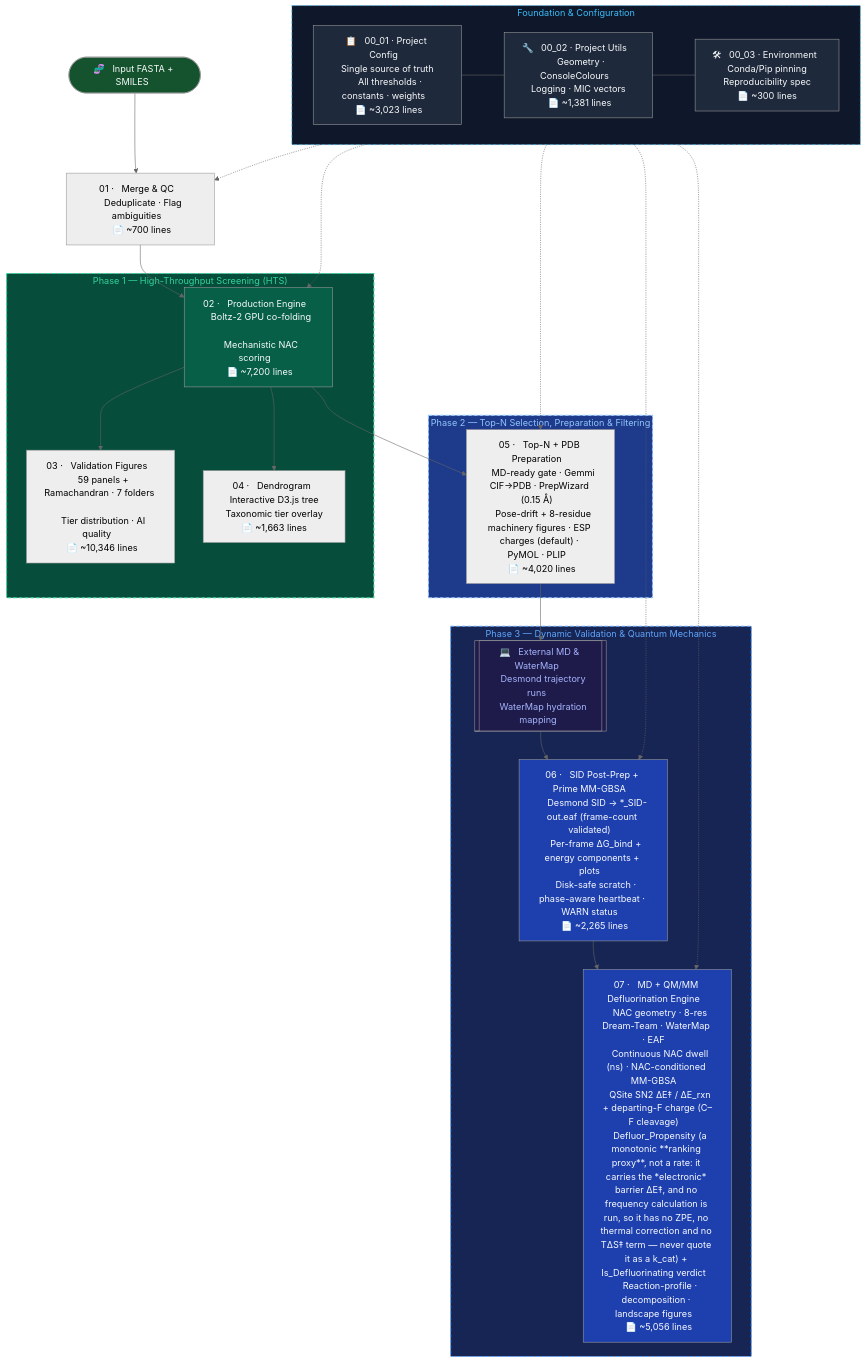
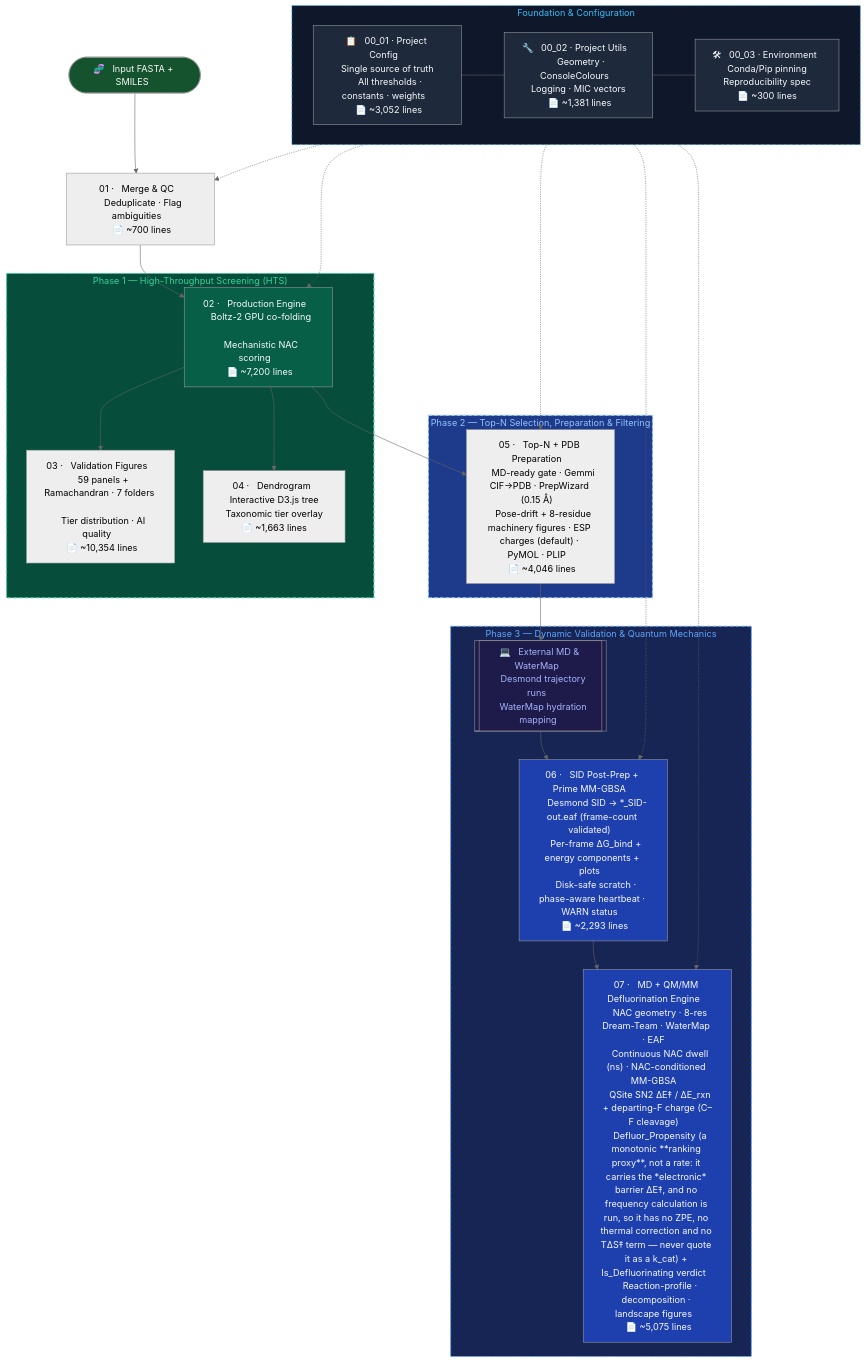
The diagram in README.md (KU-MGB/DeFluorX), drawn with Mermaid (neutral theme) before and after one commit. The commit also changed 3 other files, not shown here.

First line of the commit message:
review pass: pocket-fit missing→optimal guard, MW BH registration, NAC-dwell denominator, ASP-only comments

````diff
--- a/README.md
+++ b/README.md
@@ -190,56 +190,56 @@
 ```mermaid
 flowchart TD
     subgraph FOUNDATION["  Foundation & Configuration  "]
-        CFG["📋 &nbsp; 00_01 · Project Config &nbsp; \n &nbsp; Single source of truth &nbsp; \n &nbsp; All thresholds · constants · weights &nbsp; \n &nbsp; 📄 ~3,023 lines &nbsp; "]
+        CFG["📋 &nbsp; 00_01 · Project Config &nbsp; \n &nbsp; Single source of truth &nbsp; \n &nbsp; All thresholds · constants · weights &nbsp; \n &nbsp; 📄 ~3,052 lines &nbsp; "]
         UTL["🔧 &nbsp; 00_02 · Project Utils &nbsp; \n &nbsp; Geometry · ConsoleColours &nbsp; \n &nbsp; Logging · MIC vectors &nbsp; \n &nbsp; 📄 ~1,381 lines &nbsp; "]
         ENV["🛠 &nbsp; 00_03 · Environment &nbsp; \n &nbsp; Conda/Pip pinning &nbsp; \n &nbsp; Reproducibility spec &nbsp; \n &nbsp; 📄 ~300 lines &nbsp; "]
         CFG --- UTL --- ENV
     end
 
     START(["🧬 &nbsp; Input FASTA + SMILES &nbsp;"]) --> M1
     M1["01 · &nbsp; Merge & QC &nbsp; \n &nbsp; Deduplicate · Flag ambiguities &nbsp; \n &nbsp; 📄 ~700 lines &nbsp; "] --> M2
 
     subgraph PHASE1["  Phase 1 — High-Throughput Screening (HTS)  "]
         M2["02 · &nbsp; Production Engine &nbsp; \n &nbsp; Boltz-2 GPU co-folding &nbsp; \n &nbsp; Mechanistic NAC scoring &nbsp; \n &nbsp; 📄 ~7,200 lines &nbsp; "]
-        M3["03 · &nbsp; Validation Figures &nbsp; \n &nbsp; 59 panels + Ramachandran · 7 folders &nbsp; \n &nbsp; Tier distribution · AI quality &nbsp; \n &nbsp; 📄 ~10,346 lines &nbsp; "]
+        M3["03 · &nbsp; Validation Figures &nbsp; \n &nbsp; 59 panels + Ramachandran · 7 folders &nbsp; \n &nbsp; Tier distribution · AI quality &nbsp; \n &nbsp; 📄 ~10,354 lines &nbsp; "]
         M4["04 · &nbsp; Dendrogram &nbsp; \n &nbsp; Interactive D3.js tree &nbsp; \n &nbsp; Taxonomic tier overlay &nbsp; \n &nbsp; 📄 ~1,663 lines &nbsp; "]
         M2 --> M3
         M2 --> M4
     end
 
     M2 --> M5
 
     subgraph PHASE2["  Phase 2 — Top-N Selection, Preparation & Filtering  "]
-        M5["05 · &nbsp; Top-N + PDB Preparation &nbsp; \n &nbsp; MD-ready gate · Gemmi CIF→PDB · PrepWizard (0.15 Å) &nbsp; \n &nbsp; Pose-drift + 8-residue machinery figures · ESP charges (default) · PyMOL · PLIP &nbsp; \n &nbsp; 📄 ~4,020 lines &nbsp; "]
+        M5["05 · &nbsp; Top-N + PDB Preparation &nbsp; \n &nbsp; MD-ready gate · Gemmi CIF→PDB · PrepWizard (0.15 Å) &nbsp; \n &nbsp; Pose-drift + 8-residue machinery figures · ESP charges (default) · PyMOL · PLIP &nbsp; \n &nbsp; 📄 ~4,046 lines &nbsp; "]
     end
 
     M5 --> EXT_MD
 
     subgraph PHASE3["  Phase 3 — Dynamic Validation & Quantum Mechanics  "]
         EXT_MD[["💻 &nbsp; External MD & WaterMap &nbsp; \n &nbsp; Desmond trajectory runs &nbsp; \n &nbsp; WaterMap hydration mapping &nbsp;"]]
-        M6["06 · &nbsp; SID Post-Prep + Prime MM-GBSA &nbsp; \n &nbsp; Desmond SID → *_SID-out.eaf (frame-count validated) &nbsp; \n &nbsp; Per-frame ΔG_bind + energy components + plots &nbsp; \n &nbsp; Disk-safe scratch · phase-aware heartbeat · WARN status &nbsp; \n &nbsp; 📄 ~2,265 lines &nbsp; "]
-        M7["07 · &nbsp; MD + QM/MM Defluorination Engine &nbsp; \n &nbsp; NAC geometry · 8-res Dream-Team · WaterMap · EAF &nbsp; \n &nbsp; Continuous NAC dwell (ns) · NAC-conditioned MM-GBSA &nbsp; \n &nbsp; QSite SN2 ΔE‡ / ΔE_rxn + departing-F charge (C–F cleavage) &nbsp; \n &nbsp; Defluor_Propensity (a monotonic **ranking proxy**, not a rate: it carries the *electronic* barrier ΔE‡, and no frequency calculation is run, so it has no ZPE, no thermal correction and no TΔS‡ term — never quote it as a k_cat) + Is_Defluorinating verdict &nbsp; \n &nbsp; Reaction-profile · decomposition · landscape figures &nbsp; \n &nbsp; 📄 ~5,056 lines &nbsp; "]
+        M6["06 · &nbsp; SID Post-Prep + Prime MM-GBSA &nbsp; \n &nbsp; Desmond SID → *_SID-out.eaf (frame-count validated) &nbsp; \n &nbsp; Per-frame ΔG_bind + energy components + plots &nbsp; \n &nbsp; Disk-safe scratch · phase-aware heartbeat · WARN status &nbsp; \n &nbsp; 📄 ~2,293 lines &nbsp; "]
+        M7["07 · &nbsp; MD + QM/MM Defluorination Engine &nbsp; \n &nbsp; NAC geometry · 8-res Dream-Team · WaterMap · EAF &nbsp; \n &nbsp; Continuous NAC dwell (ns) · NAC-conditioned MM-GBSA &nbsp; \n &nbsp; QSite SN2 ΔE‡ / ΔE_rxn + departing-F charge (C–F cleavage) &nbsp; \n &nbsp; Defluor_Propensity (a monotonic **ranking proxy**, not a rate: it carries the *electronic* barrier ΔE‡, and no frequency calculation is run, so it has no ZPE, no thermal correction and no TΔS‡ term — never quote it as a k_cat) + Is_Defluorinating verdict &nbsp; \n &nbsp; Reaction-profile · decomposition · landscape figures &nbsp; \n &nbsp; 📄 ~5,075 lines &nbsp; "]
         EXT_MD --> M6 --> M7
     end
 
     %% Dependencies
     FOUNDATION -.-> M1
     FOUNDATION -.-> M2
     FOUNDATION -.-> M5
     FOUNDATION -.-> M6
     FOUNDATION -.-> M7
 
     style FOUNDATION fill:#0f172a,color:#38bdf8,stroke:#38bdf8
     style CFG fill:#1e293b,color:#f8fafc
     style UTL fill:#1e293b,color:#f8fafc
     style ENV fill:#1e293b,color:#f8fafc
     style PHASE1 fill:#064e3b,color:#34d399,stroke:#34d399,stroke-width:2px,stroke-dasharray: 6 4
     style PHASE2 fill:#1e3a8a,color:#93c5fd,stroke:#93c5fd,stroke-width:2px,stroke-dasharray: 6 4
     style PHASE3 fill:#172554,color:#60a5fa,stroke:#60a5fa,stroke-width:2px,stroke-dasharray: 6 4
     style FOUNDATION stroke-dasharray: 6 4
     style M2 fill:#065f46,color:#f8fafc
     style M6 fill:#1e40af,color:#f8fafc
     style M7 fill:#1e40af,color:#f8fafc
     style START fill:#14532d,color:#f8fafc
     style EXT_MD fill:#1e1b4b,color:#a5b4fc
 ```
````
